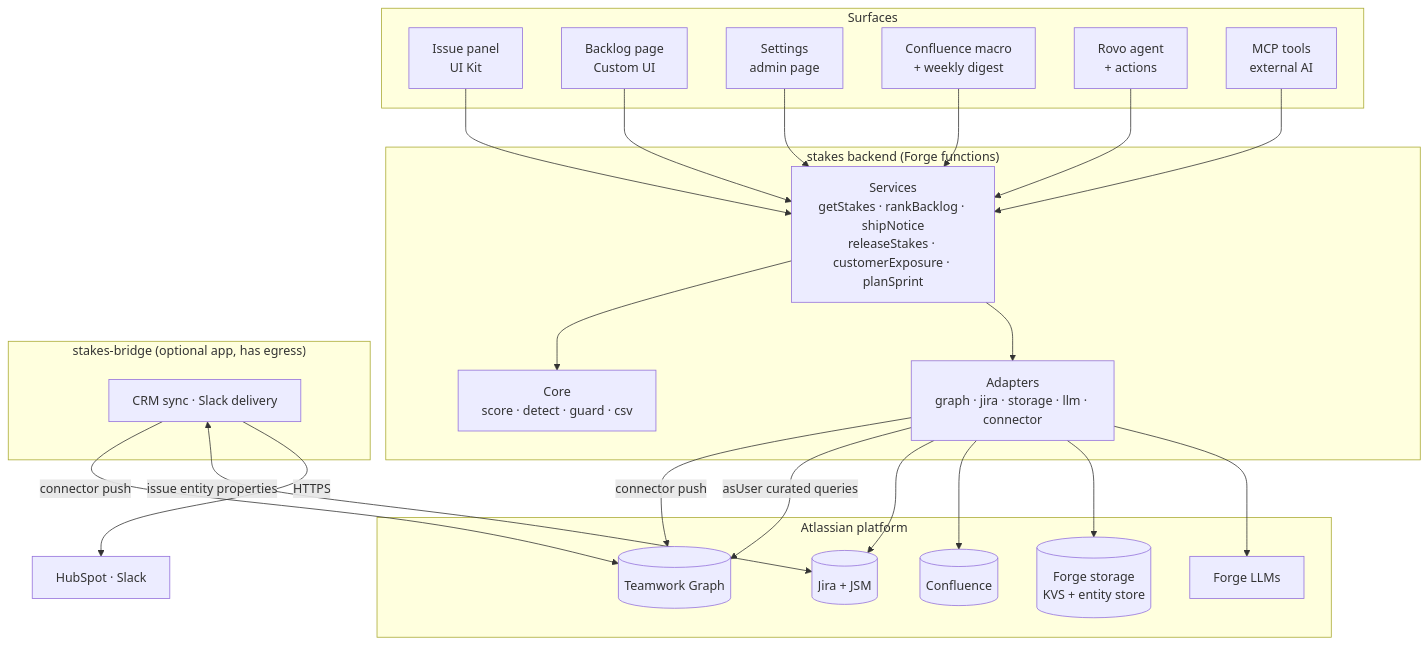
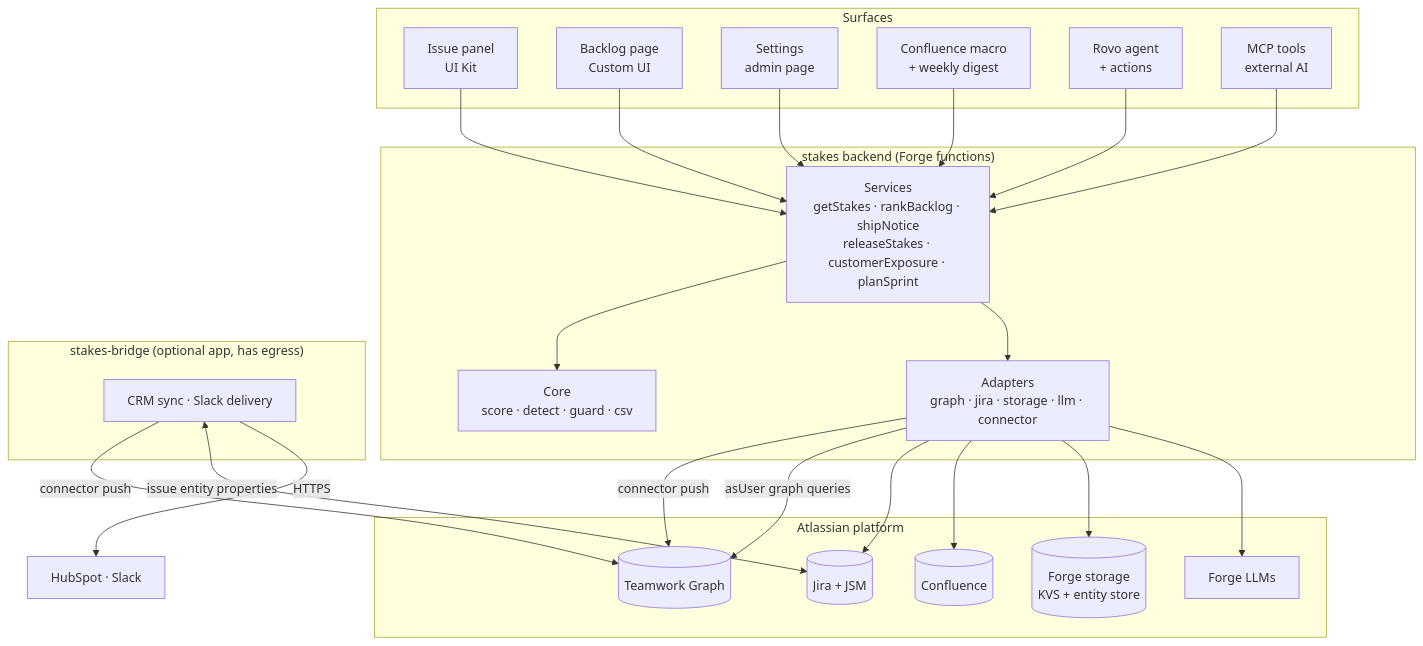
One commit to Wamitinewton/Stakes changed the diagram in README.md. Above: the diagram before and after it, drawn with Mermaid.

Commit message:
docs: clarify graph query architecture

````diff
--- a/README.md
+++ b/README.md
@@ -165,35 +165,35 @@
 ```mermaid
 flowchart TB
     subgraph Surfaces
         P[Issue panel<br/>UI Kit]
         B[Backlog page<br/>Custom UI]
         S[Settings<br/>admin page]
         C[Confluence macro<br/>+ weekly digest]
         R[Rovo agent<br/>+ actions]
         M[MCP tools<br/>external AI]
     end
     subgraph Backend["stakes backend (Forge functions)"]
         SV[Services<br/>getStakes · rankBacklog · shipNotice<br/>releaseStakes · customerExposure · planSprint]
         CORE[Core<br/>score · detect · guard · csv]
         AD[Adapters<br/>graph · jira · storage · llm · connector]
     end
     subgraph Atlassian["Atlassian platform"]
         TWG[(Teamwork Graph)]
         JIRA[(Jira + JSM)]
         CONF[(Confluence)]
         ST[(Forge storage<br/>KVS + entity store)]
         LLM[Forge LLMs]
     end
     subgraph Bridge["stakes-bridge (optional app, has egress)"]
         BR[CRM sync · Slack delivery]
     end
     P & B & S & C & R & M --> SV
     SV --> CORE
     SV --> AD
     AD -->|connector push| TWG
-    AD -->|asUser curated queries| TWG
+    AD -->|asUser graph queries| TWG
     AD --> JIRA & CONF & ST & LLM
     BR -->|connector push| TWG
     BR <-->|issue entity properties| JIRA
     BR -->|HTTPS| EXT[HubSpot · Slack]
 ```
````
